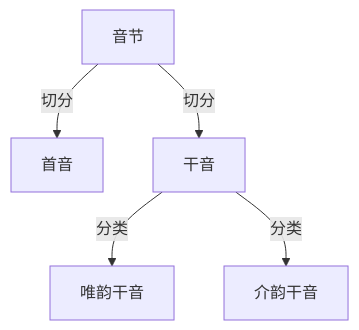
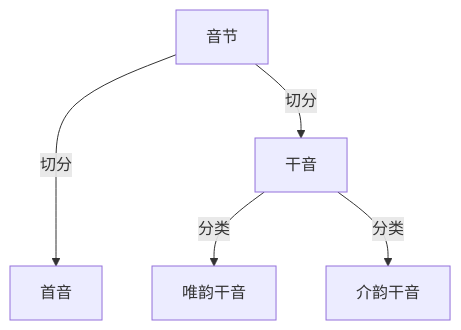
One commit to tsaanghwang/Yime-prototype changed the diagram in YIME_Theory/flowchart/首干二分.mmd. Above: the diagram before and after it, drawn with Mermaid. The commit also changed 26 other files, not shown here.

```diff
--- a/YIME_Theory/flowchart/首干二分.mmd
+++ b/YIME_Theory/flowchart/首干二分.mmd
@@ -1,5 +1,5 @@
 graph TD
-    A[音节] --> |切分|B[首音]
+    A[音节] ---> |切分|B[首音]
     A --> |切分|C[干音]
     C --> |分类|D[唯韵干音]
     C --> |分类|E[介韵干音]
```
